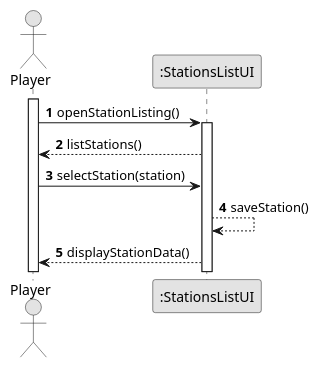
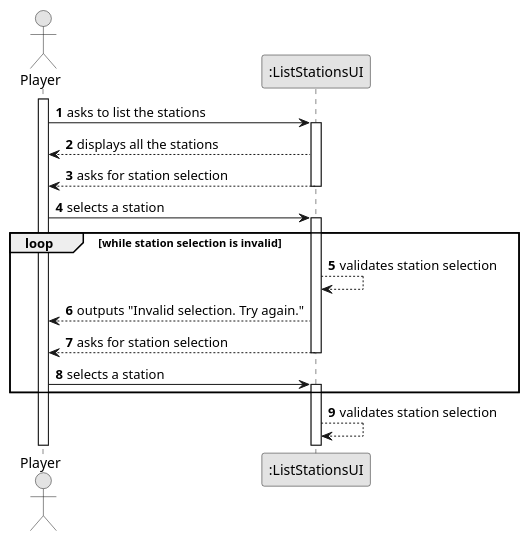
One commit to goncalolopesp/sem2-pi-24.25-g093-repo changed the diagram in docs/system-documentation/US007/03.design/puml/US007-SD-getInput.puml. Above: the diagram before and after it, drawn with PlantUML. The commit also changed 3 other files, not shown here.

Commit message:
US007 - Updated Design's Partial and Split Diagrams

```diff
--- a/docs/system-documentation/US007/03.design/puml/US007-SD-getInput.puml
+++ b/docs/system-documentation/US007/03.design/puml/US007-SD-getInput.puml
@@ -1,26 +1,35 @@
 @startuml
 skinparam monochrome true
 skinparam packageStyle rectangle
 skinparam shadowing false
 
 autonumber
 
-actor "Player" as Employee
-participant ":StationsListUI" as StationsListUI
+actor "Player" as Player
+participant ":ListStationsUI" as ListStationsUI
 
-activate Employee
+activate Player
 
-Employee -> StationsListUI : openStationListing()
-activate StationsListUI
+Player -> ListStationsUI : asks to list the stations
+activate ListStationsUI
 
-StationsListUI --> Employee : listStations()
+ListStationsUI --> Player : displays all the stations
+ListStationsUI --> Player : asks for station selection
 
-Employee -> StationsListUI : selectStation(station)
+deactivate ListStationsUI
+Player -> ListStationsUI : selects a station
+activate ListStationsUI
 
-StationsListUI --> StationsListUI : saveStation()
+loop while station selection is invalid
+    ListStationsUI --> ListStationsUI : validates station selection
+    ListStationsUI --> Player : outputs "Invalid selection. Try again."
+    ListStationsUI --> Player : asks for station selection
+    deactivate ListStationsUI
 
-StationsListUI --> Employee : displayStationData()
+    Player -> ListStationsUI : selects a station
+    activate ListStationsUI
+end
 
-
+ListStationsUI --> ListStationsUI : validates station selection
 
 @enduml
```
